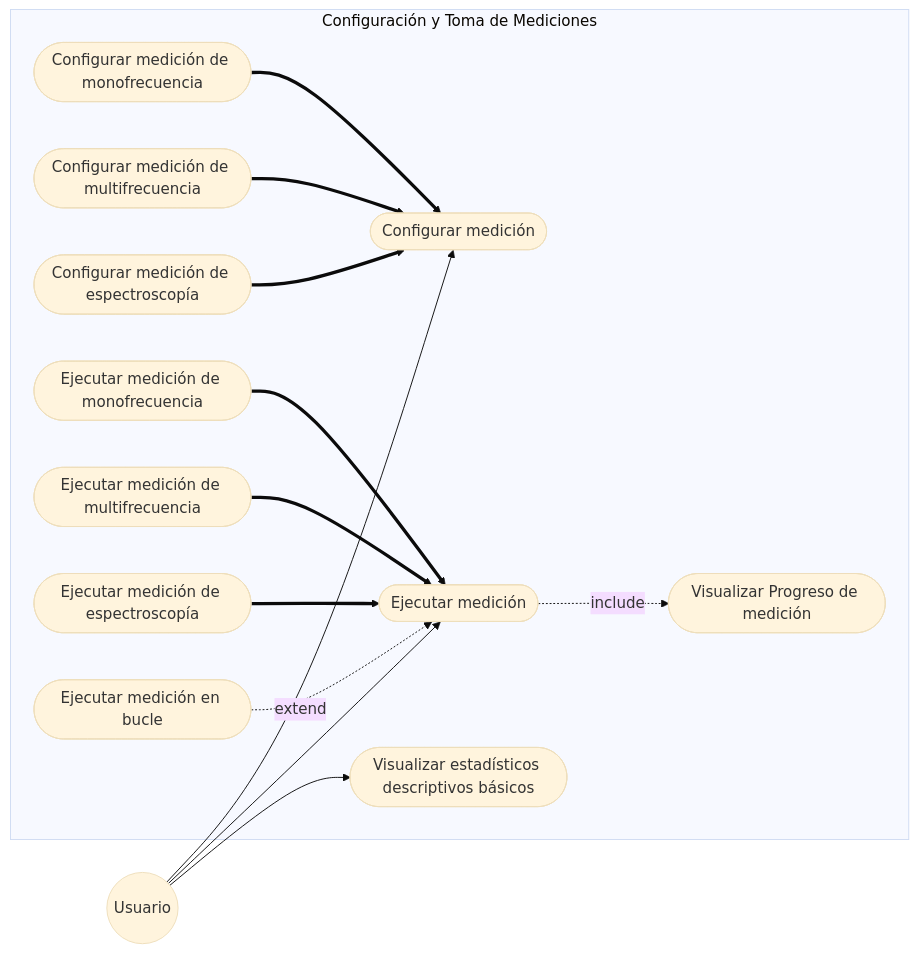
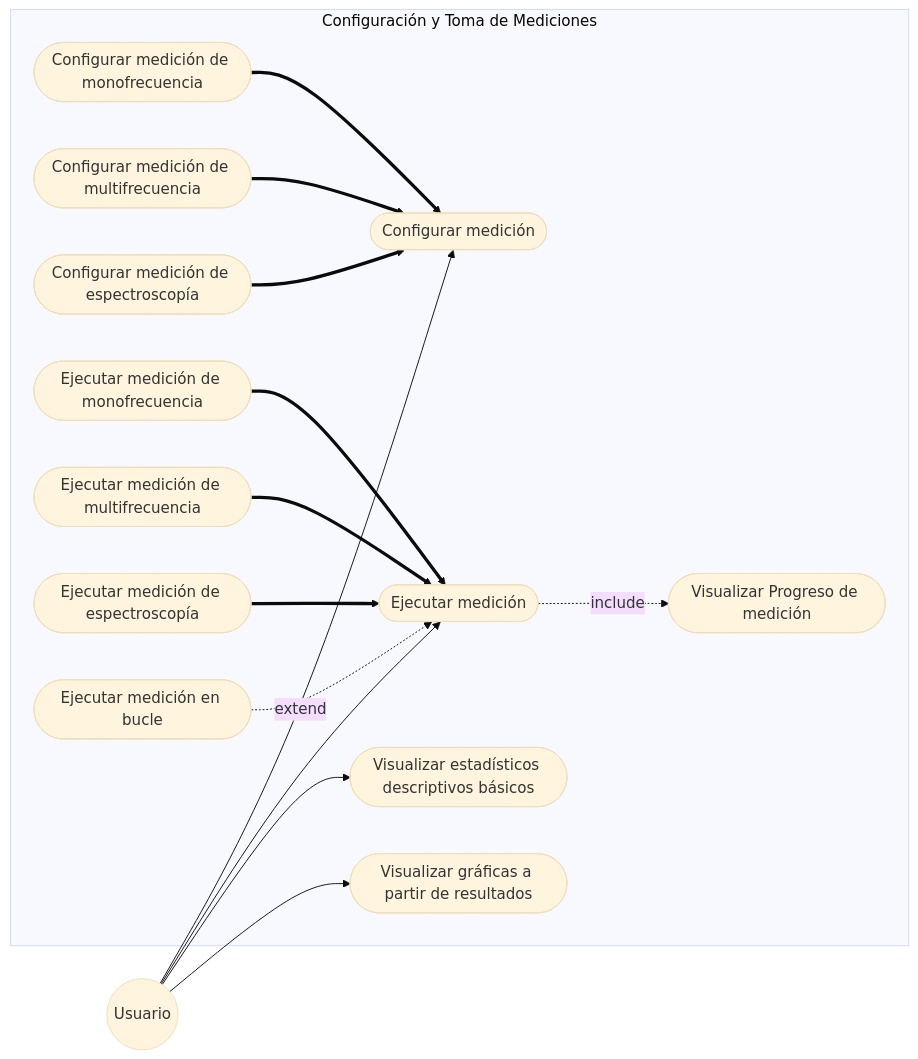
One commit to alegrelias/Repo-GMini changed the third of 5 diagrams in Gmini-MarkDown/Diagramas/Diagramas de CU.md. Above: the diagram before and after it, drawn with Mermaid (base theme). The commit also changed other lines of this file, not shown here.

Commit message:
Se modifican diagramas de CU

````diff
--- a/Gmini-MarkDown/Diagramas/Diagramas de CU.md
+++ b/Gmini-MarkDown/Diagramas/Diagramas de CU.md
@@ -46,37 +46,39 @@
 ```mermaid
 flowchart LR
 %% Actores
 Usuario((Usuario))
 
 subgraph Configuración y Toma de Mediciones
 	CU1([Configurar medición])
 	CU2([Configurar medición de monofrecuencia])
 	CU3([Configurar medición de multifrecuencia])
 	CU4([Configurar medición de espectroscopía])
 	CU5([Ejecutar medición])
 	CU6([Ejecutar medición de monofrecuencia])
 	CU7([Ejecutar medición de multifrecuencia])
 	CU8([Ejecutar medición de espectroscopía])
 	CU9([Visualizar Progreso de medición])
 	CU10([Visualizar estadísticos descriptivos básicos])
 	CU11([Ejecutar medición en bucle])
+	CU12([Visualizar gráficas a partir de resultados])
 end
 
 %% Generalización
 CU2 ==> CU1
 CU3 ==> CU1
 CU4 ==> CU1
 CU6 ==> CU5
 CU7 ==> CU5
 CU8 ==> CU5
 
 
 %% Asociaciones
 Usuario --> CU1
 Usuario --> CU5
 Usuario --> CU10
+Usuario --> CU12
 
 %% Relaciones Include/Extend
 CU5 -.include.-> CU9
 CU11 -.extend.-> CU5
 ```
````
